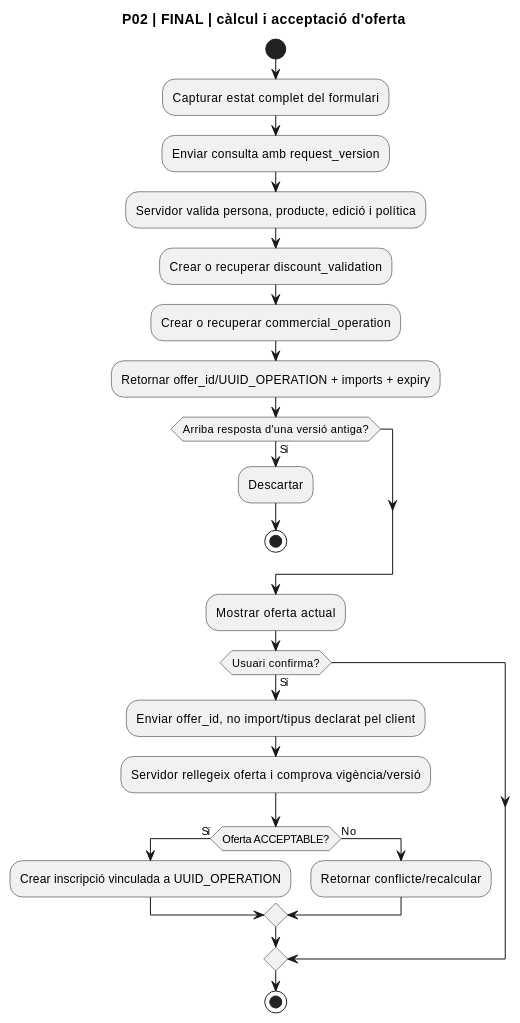
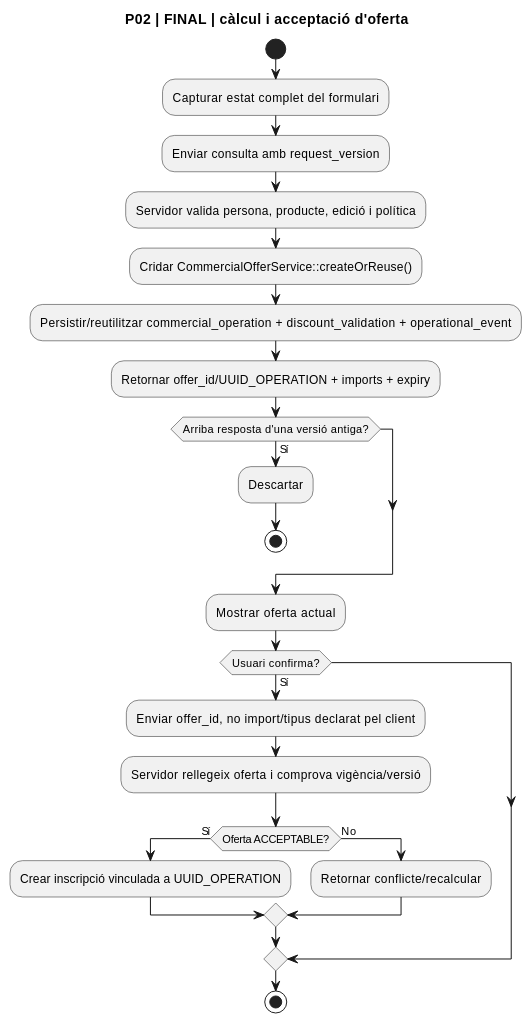
Before and after one commit to orgmeriemprismacat-del/verifactu: the ninth of 25 diagrams in documentacio/07-uml-integrat/uc-020-activitats-pagines-actual-final.md, drawn with PlantUML. The commit also changed other lines of this file, not shown here.

Commit message:
docs(UC-020): align activity diagrams with implemented runtime services

````diff
--- a/documentacio/07-uml-integrat/uc-020-activitats-pagines-actual-final.md
+++ b/documentacio/07-uml-integrat/uc-020-activitats-pagines-actual-final.md
@@ -207,27 +207,27 @@
 ```plantuml
 @startuml
 title P02 | FINAL | càlcul i acceptació d'oferta
 start
 :Capturar estat complet del formulari;
 :Enviar consulta amb request_version;
 :Servidor valida persona, producte, edició i política;
-:Crear o recuperar discount_validation;
-:Crear o recuperar commercial_operation;
+:Cridar CommercialOfferService::createOrReuse();
+:Persistir/reutilitzar commercial_operation + discount_validation + operational_event;
 :Retornar offer_id/UUID_OPERATION + imports + expiry;
 if (Arriba resposta d'una versió antiga?) then (Sí)
  :Descartar;
  stop
 endif
 :Mostrar oferta actual;
 if (Usuari confirma?) then (Sí)
  :Enviar offer_id, no import/tipus declarat pel client;
  :Servidor rellegeix oferta i comprova vigència/versió;
  if (Oferta ACCEPTABLE?) then (Sí)
   :Crear inscripció vinculada a UUID_OPERATION;
  else (No)
   :Retornar conflicte/recalcular;
  endif
 endif
 stop
 @enduml
 ```
````
